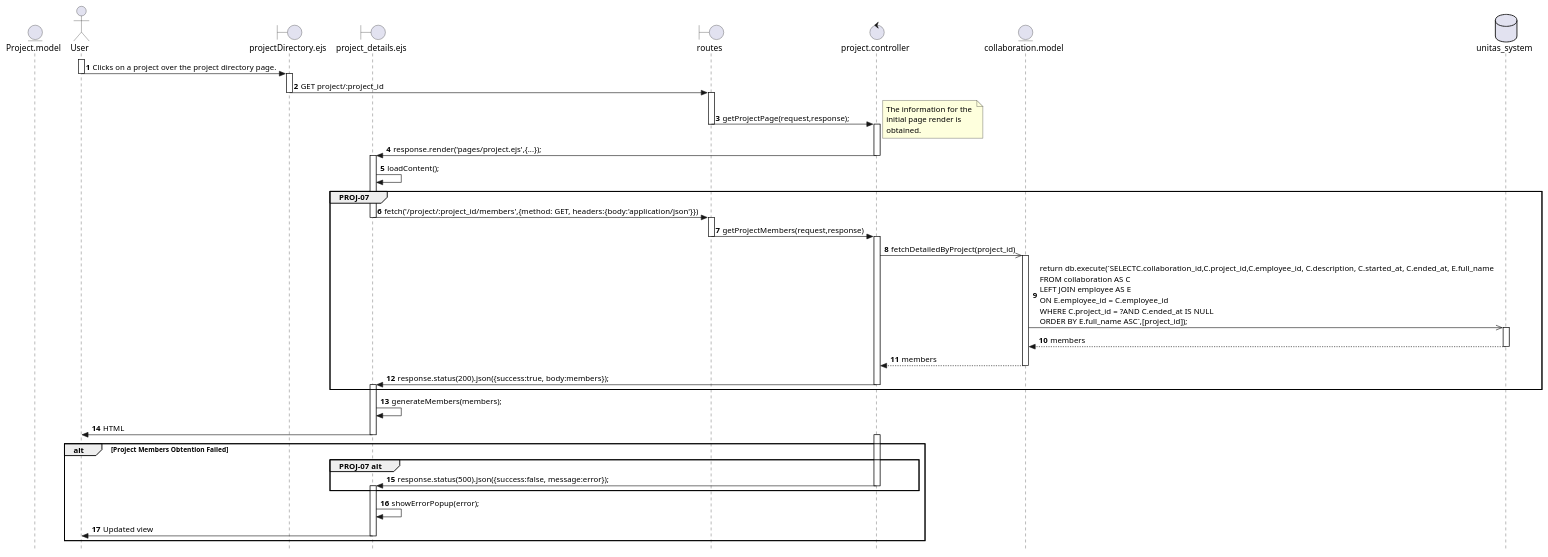
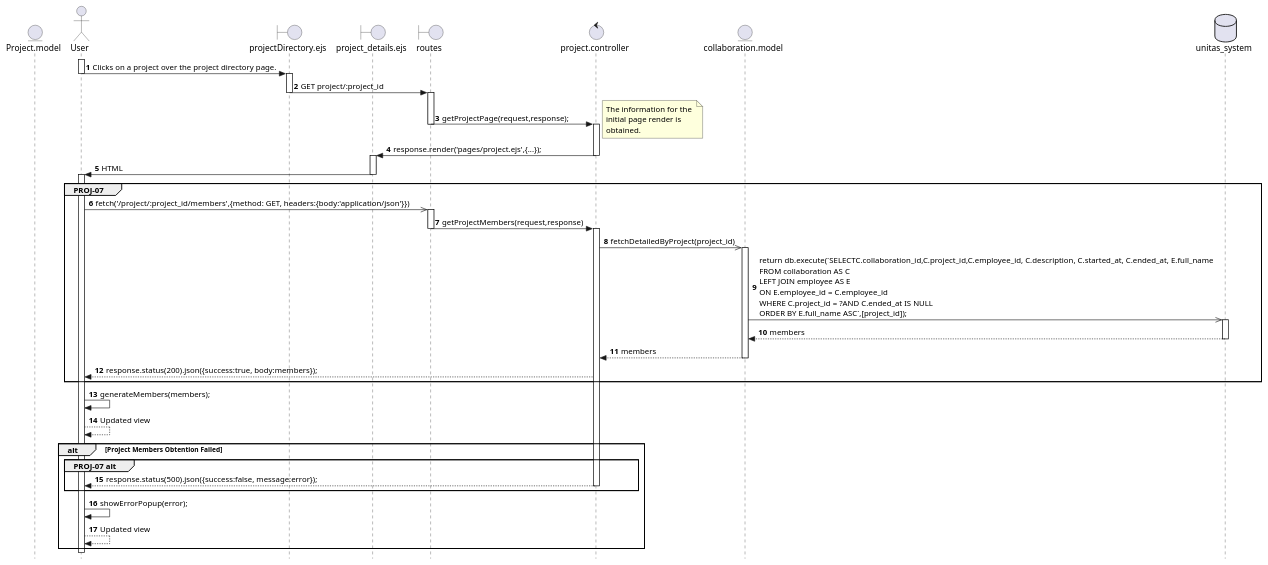
The diagram in documentation/sequence_diagrams/PROJ-07-SD.puml (Berthou05/LimboSoftwareDevelopment_Change.org), drawn with PlantUML before and after one commit. The commit also changed 17 other files, not shown here.

Commit message:
[DOCS]: Update of the Sequence Diagrams ADMIN-02, 03, 04, AUTH-01, EMP-01, EMP-05, HS-01, PROJ-02, 03, 07, 09, 10, 11, 13, TEAM-03, 05, 06

```diff
--- a/documentation/sequence_diagrams/PROJ-07-SD.puml
+++ b/documentation/sequence_diagrams/PROJ-07-SD.puml
@@ -1,84 +1,79 @@
 @startuml
 skinparam style strictuml
 
 actor User as U
 boundary "project_details.ejs" as V
 boundary "routes" as RO
 control "project.controller" as C
 entity "Project.model" as M
 database "unitas_system" as BD
 
 autonumber
 skinparam Style strictuml
 
 actor User as U
 boundary "projectDirectory.ejs" as PV
 boundary "project.ejs" as V
 boundary "project.routes" as RO
 control "project.controller" as C
 entity "collaboration.model" as P
 database "unitas_system" as BD
 
 autonumber
 
 activate U
 U->PV:Clicks on a project over the project directory page.
 deactivate U
     activate PV
     PV->RO: GET project/:project_id
     deactivate PV
         activate RO
         RO->C: getProjectPage(request,response);
         deactivate RO
             activate C
                 note right
                 The information for the 
                 initial page render is 
                 obtained.
                 end note
             C->V:response.render('pages/project.ejs',{...});
             deactivate C
     activate V
-    V->V:loadContent();
+    V->U:HTML
+    deactivate V
+activate U
     group PROJ-07
-    V->RO:fetch('/project/:project_id/members',{method: GET, headers:{body:'application/json'}})
-    deactivate V
+    U->>RO:fetch('/project/:project_id/members',{method: GET, headers:{body:'application/json'}})
         activate RO
         RO->C:getProjectMembers(request,response)
         deactivate RO
         activate C
         C->>P:fetchDetailedByProject(project_id)
             activate P
             P->>BD:return db.execute(`SELECTC.collaboration_id,C.project_id,C.employee_id, C.description, C.started_at, C.ended_at, E.full_name \nFROM collaboration AS C \nLEFT JOIN employee AS E \nON E.employee_id = C.employee_id \nWHERE C.project_id = ?AND C.ended_at IS NULL \nORDER BY E.full_name ASC`,[project_id]);
                 activate BD
                 BD-->P:members
                 deactivate BD
             P-->C:members
             deactivate P
-        C->V:response.status(200).json({success:true, body:members});
-        deactivate C
-    activate V
+        C-->U:response.status(200).json({success:true, body:members});
         end group
 
-    V->V:generateMembers(members);
-    V->U: HTML
-    deactivate V
+    U->U:generateMembers(members);
+    U-->U: Updated view
 
 alt Project Members Obtention Failed
-        activate C
     group PROJ-07 alt
-        C->V:response.status(500).json({success:false, message:error});     
+        C-->U:response.status(500).json({success:false, message:error});     
         deactivate C
-    activate V
     end group
-    V->V:showErrorPopup(error);
-    V->U:Updated view
-    deactivate V
+    U->U:showErrorPopup(error);
+    U-->U:Updated view
 end
-
+deactivate U
 
 
 
 
 
 @enduml
```
